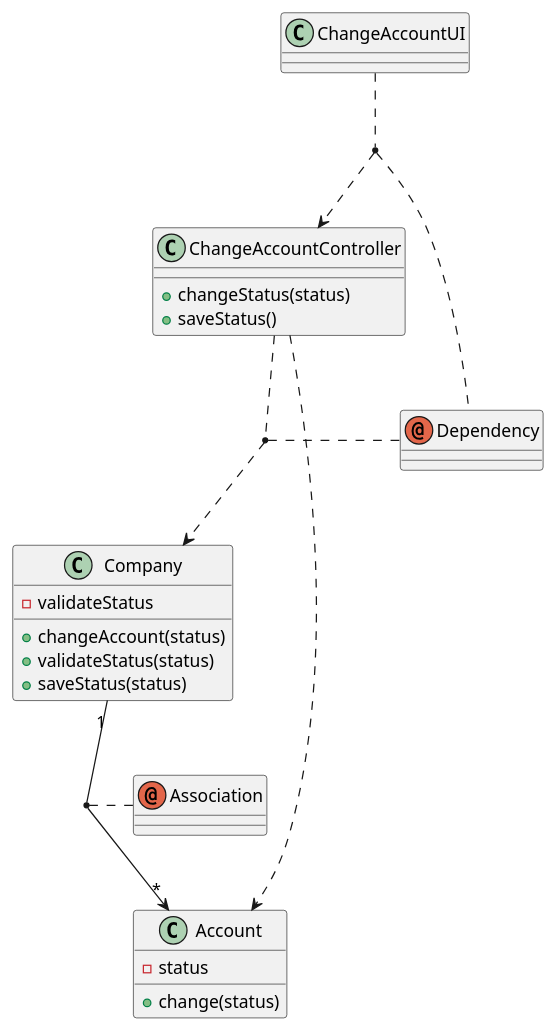
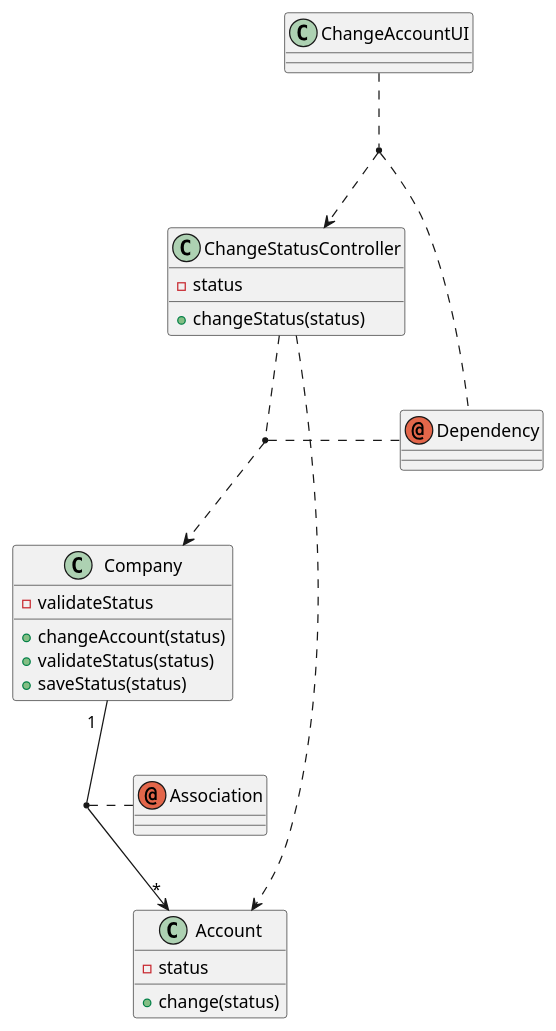
One commit to Loracline/project_switch_22-23 changed the diagram in docs/modelling_design/user_stories/us006/US006_Class_Diagram.puml. Above: the diagram before and after it, drawn with PlantUML. The commit also changed 1 other file, not shown here.

Commit message:
US 006: Design: update class Diagram / update SSD

```diff
--- a/docs/modelling_design/user_stories/us006/US006_Class_Diagram.puml
+++ b/docs/modelling_design/user_stories/us006/US006_Class_Diagram.puml
@@ -1,37 +1,37 @@
 @startuml
 'https://plantuml.com/class-diagram
 
 class "ChangeAccountUI"
-class "ChangeAccountController"
+class "ChangeStatusController"
 class "Company"
 class "Account"
 annotation "Dependency"
 annotation "Association"
 
-"ChangeAccountUI" ..> ChangeAccountController
-"ChangeAccountController"  ..> "Company"
-"ChangeAccountController" ..> "Account"
-"Company" "1" -->"*" "Account"
+"ChangeAccountUI" ..> "ChangeStatusController"
+"ChangeStatusController"  ..> "Company"
+"ChangeStatusController" ..> "Account"
+"Company" "1  " -->"*" "Account"
 
-("ChangeAccountUI", "ChangeAccountController") . "Dependency"
-("Company", "ChangeAccountController") . "Dependency"
+("ChangeAccountUI", "ChangeStatusController") . "Dependency"
+("Company", "ChangeStatusController") . "Dependency"
 ("Company", "Account") . "Association"
 
 
 class "Company"{
 +changeAccount(status)
 +validateStatus(status)
 +saveStatus(status)
 -validateStatus
 }
-class "ChangeAccountController"{
+class "ChangeStatusController"{
 +changeStatus(status)
-+saveStatus()
+-status
 }
 
 class Account{
 + change(status)
 -status
 }
 
 @enduml
```
